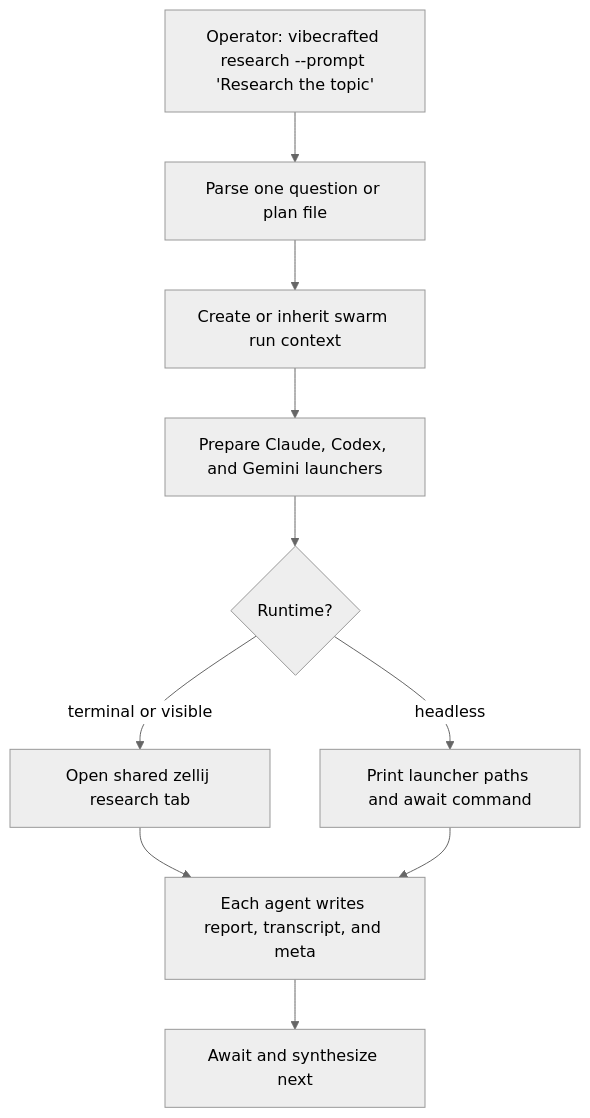
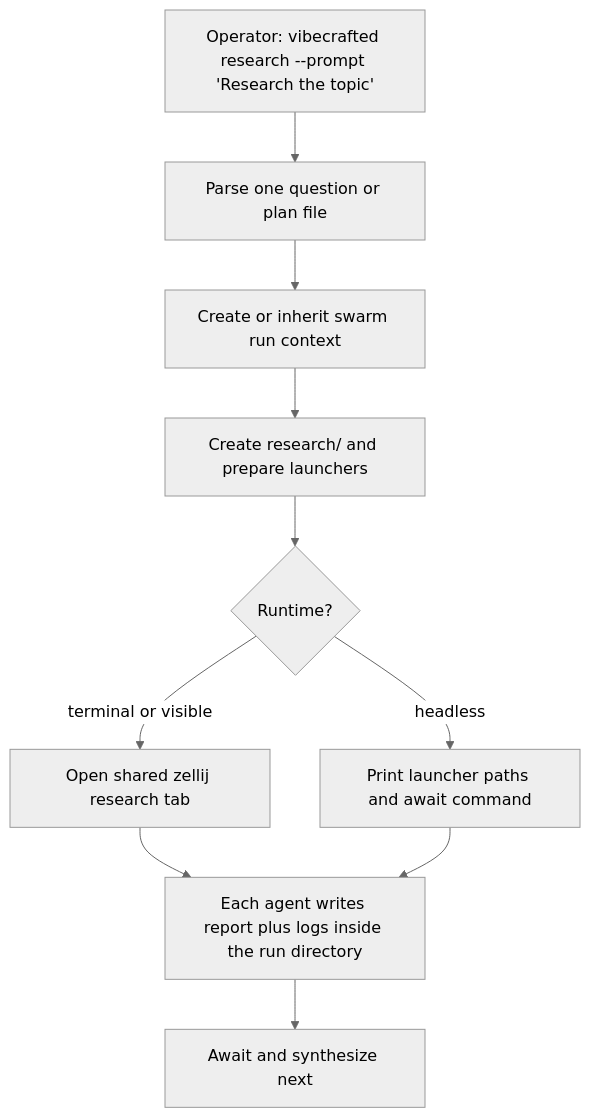
The diagram in skills/vc-research/FLOW.md (VetCoders/VibeCrafted), drawn with Mermaid (neutral theme) before and after one commit. The commit also changed other lines of this file and 182 other files, not shown here.

````diff
--- a/skills/vc-research/FLOW.md
+++ b/skills/vc-research/FLOW.md
@@ -5,12 +5,12 @@
 ```mermaid
 flowchart TD
     A[Operator: vibecrafted research --prompt 'Research the topic'] --> B[Parse one question or plan file]
     B --> C[Create or inherit swarm run context]
-    C --> D[Prepare Claude, Codex, and Gemini launchers]
+    C --> D[Create research/<run_id> and prepare launchers]
     D --> E{Runtime?}
     E -->|terminal or visible| F[Open shared zellij research tab]
     E -->|headless| G[Print launcher paths and await command]
-    F --> H[Each agent writes report, transcript, and meta]
+    F --> H[Each agent writes report plus logs inside the run directory]
     G --> H
     H --> I[Await and synthesize next]
 ```
````
